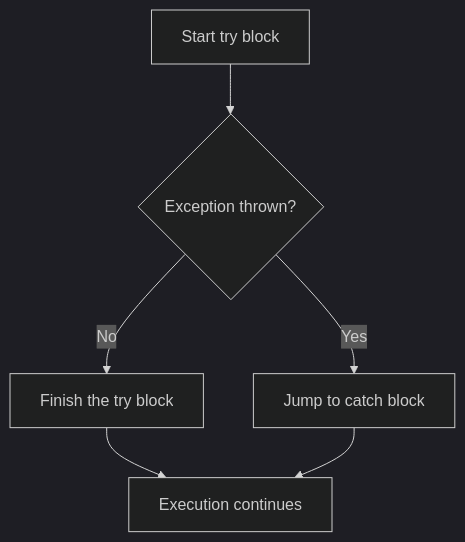
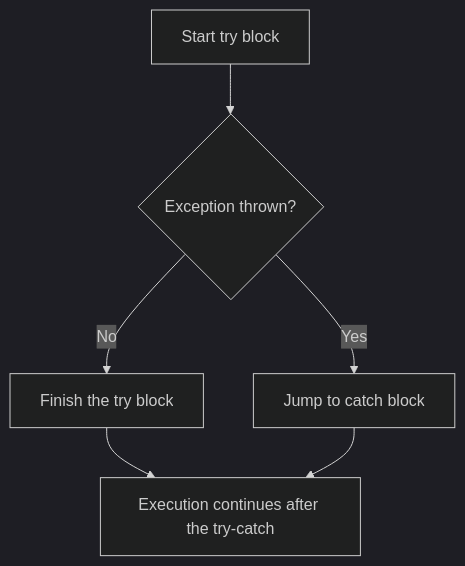
Before and after one commit to csc203-calpoly/lecture-notes: the diagram in src/17_exceptions/index.md, drawn with Mermaid (dark theme). The commit also changed other lines of this file and 3 other files, not shown here.

````diff
--- a/src/17_exceptions/index.md
+++ b/src/17_exceptions/index.md
@@ -124,8 +126,8 @@
 ```mermaid
 flowchart TD
     A[Start try block] --> B{Exception thrown?}
     B -- No --> C[Finish the try block]
     C --> G[End]
     B -- Yes --> E[Jump to catch block]
-    E --> G[Execution continues]
+    E --> G[Execution continues after the try-catch]
 ```
````
